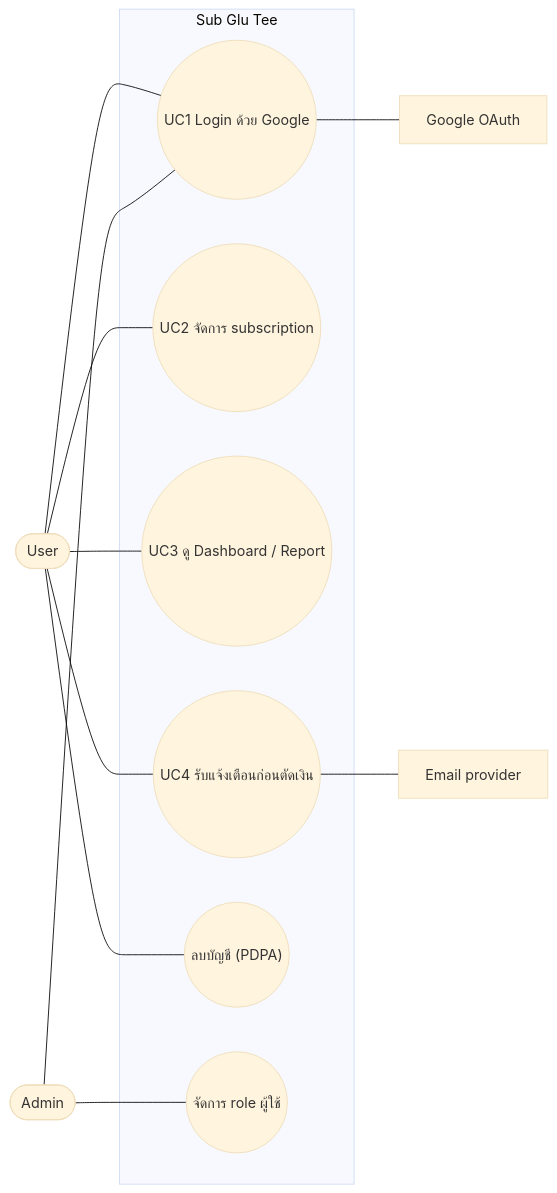
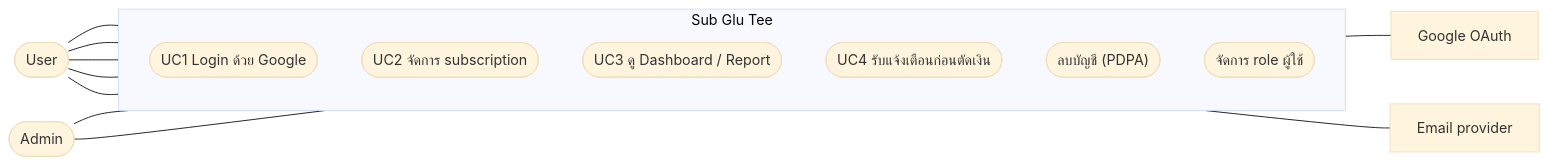
The first of 6 diagrams in docs/diagrams.md (polar-bear-cu/sgt-deploy), drawn with Mermaid (base theme) before and after one commit. The commit also changed other lines of this file, not shown here.

Commit message:
fix: mermaid diagram

````diff
--- a/docs/diagrams.md
+++ b/docs/diagrams.md
@@ -11,21 +11,22 @@
 ```mermaid
 flowchart LR
     user(["User"])
     admin(["Admin"])
     google["Google OAuth"]
     mail["Email provider"]
 
     subgraph sys["Sub Glu Tee"]
-        uc1(("UC1 Login ด้วย Google"))
-        uc2(("UC2 จัดการ subscription"))
-        uc3(("UC3 ดู Dashboard / Report"))
-        uc4(("UC4 รับแจ้งเตือนก่อนตัดเงิน"))
-        uc5(("ลบบัญชี (PDPA)"))
-        uc6(("จัดการ role ผู้ใช้"))
+        direction TB
+        uc1(["UC1 Login ด้วย Google"])
+        uc2(["UC2 จัดการ subscription"])
+        uc3(["UC3 ดู Dashboard / Report"])
+        uc4(["UC4 รับแจ้งเตือนก่อนตัดเงิน"])
+        uc5(["ลบบัญชี (PDPA)"])
+        uc6(["จัดการ role ผู้ใช้"])
     end
 
     user --- uc1 & uc2 & uc3 & uc4 & uc5
     admin --- uc1 & uc6
     uc1 --- google
     uc4 --- mail
 ```
````
